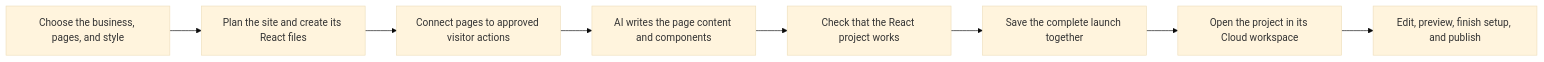
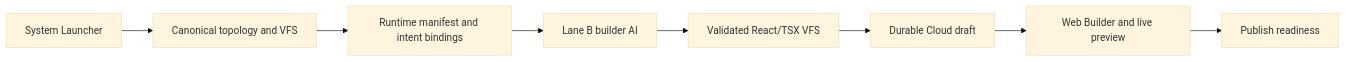
One commit to Invictusprime7/unison-tasks-24334-81331 changed the diagram in README.md. Above: the diagram before and after it, drawn with Mermaid (base theme). The commit also changed other lines of this file and 2762 other files, not shown here.

````diff
--- a/README.md
+++ b/README.md
@@ -22,10 +37,10 @@
 ```mermaid
 flowchart LR
-    A[Choose the business, pages, and style] --> B[Plan the site and create its React files]
-    B --> C[Connect pages to approved visitor actions]
-    C --> D[AI writes the page content and components]
-    D --> E[Check that the React project works]
-    E --> F[Save the complete launch together]
-    F --> G[Open the project in its Cloud workspace]
-    G --> H[Edit, preview, finish setup, and publish]
+    A[System Launcher] --> B[Canonical topology and VFS]
+    B --> C[Runtime manifest and intent bindings]
+    C --> D[Lane B builder AI]
+    D --> E[Validated React/TSX VFS]
+    E --> F[Durable Cloud draft]
+    F --> G[Web Builder and live preview]
+    G --> H[Publish readiness]
 ```
````
